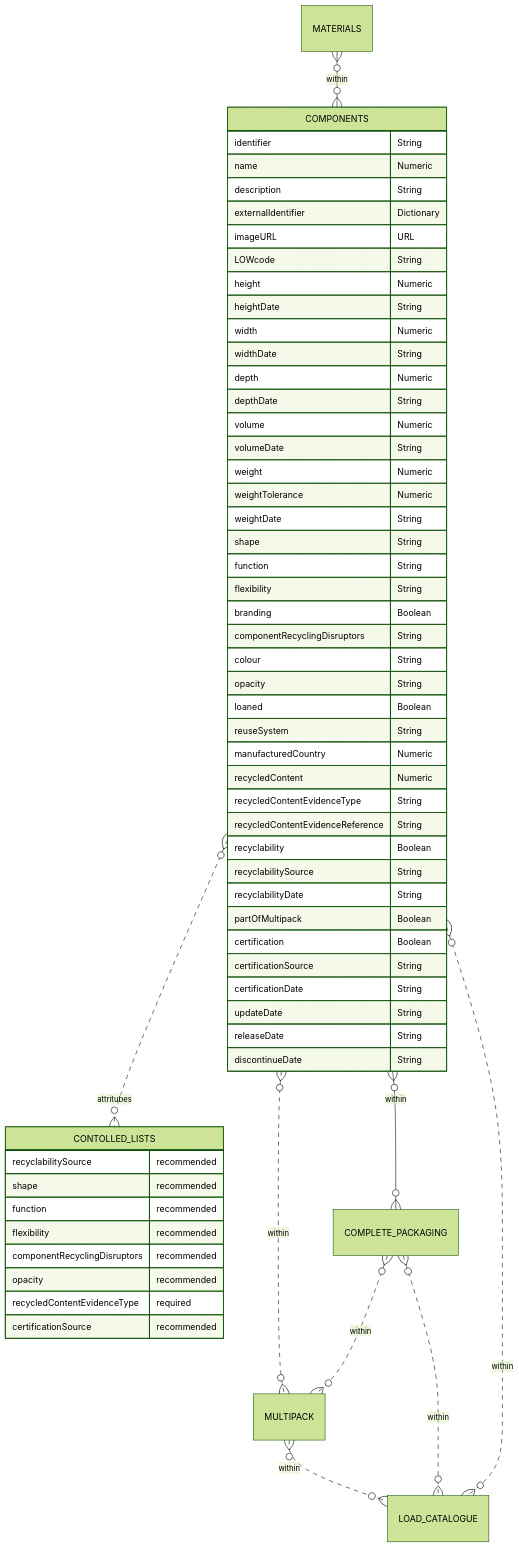
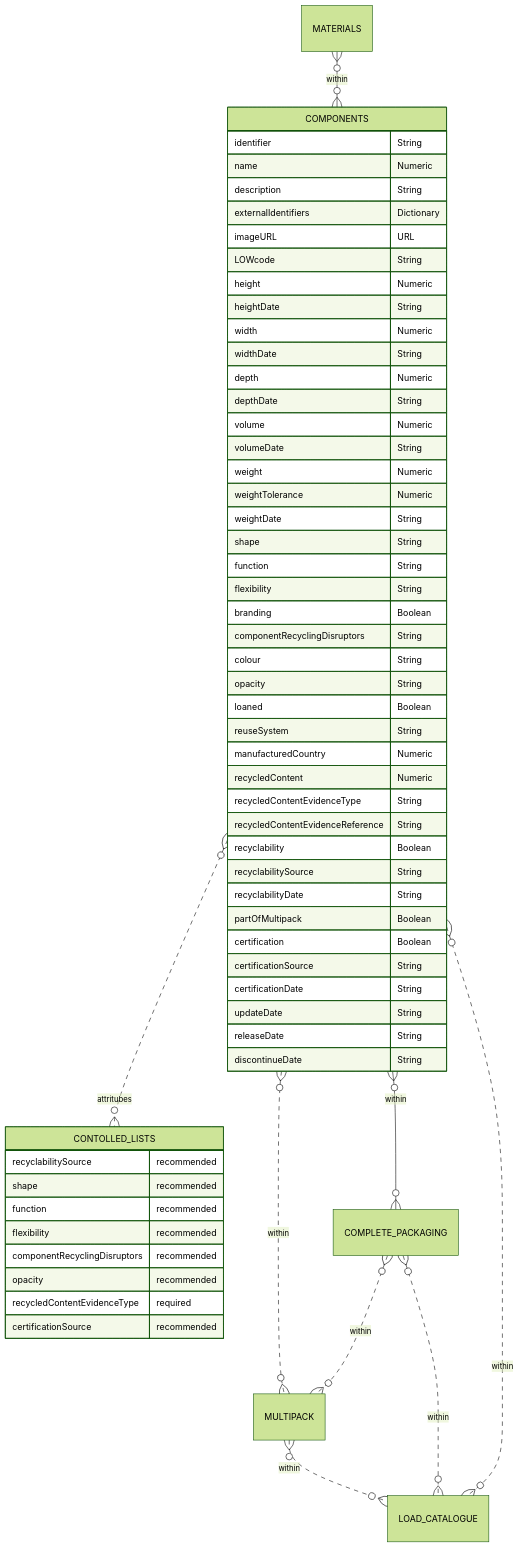
One commit to OpenDataManchester/Open3P changed the diagram in docs/3_Data_Specification/3_3_Components.md. Above: the diagram before and after it, drawn with Mermaid (forest theme). The commit also changed other lines of this file and 3 other files, not shown here.

Commit message:
Changed externalIdentifiers to pural

````diff
--- a/docs/3_Data_Specification/3_3_Components.md
+++ b/docs/3_Data_Specification/3_3_Components.md
@@ -56,63 +56,63 @@
 ``` mermaid
 erDiagram
 MATERIALS }o--o{ COMPONENTS : within
   COMPONENTS {
     identifier String
     name Numeric
     description String
-    externalIdentifier Dictionary
+    externalIdentifiers Dictionary
     imageURL URL
     LOWcode String
     height Numeric
     heightDate String
     width Numeric
     widthDate String
     depth Numeric
     depthDate String
     volume Numeric
     volumeDate String
     weight Numeric
     weightTolerance Numeric
     weightDate String
     shape String
     function String
     flexibility String
     branding Boolean
     componentRecyclingDisruptors String
     colour String
     opacity String
     loaned Boolean
     reuseSystem String
     manufacturedCountry Numeric
     recycledContent Numeric
     recycledContentEvidenceType String
     recycledContentEvidenceReference String
     recyclability Boolean
     recyclabilitySource String
     recyclabilityDate String
     partOfMultipack Boolean
     certification Boolean
     certificationSource String
     certificationDate String
     updateDate String
     releaseDate String
     discontinueDate String
   }
   COMPONENTS }o..o{ CONTOLLED_LISTS : attritubes
   COMPONENTS }o--o{ COMPLETE_PACKAGING : within
   COMPONENTS }o..o{ MULTIPACK : within
   MULTIPACK }o..o{ LOAD_CATALOGUE : within
   COMPLETE_PACKAGING }o..o{ MULTIPACK : within
   COMPLETE_PACKAGING }o..o{ LOAD_CATALOGUE : within
   COMPONENTS }o..o{ LOAD_CATALOGUE : within
     CONTOLLED_LISTS {
     recyclabilitySource recommended
     shape recommended
     function recommended
     flexibility recommended
     componentRecyclingDisruptors recommended
     opacity recommended
     recycledContentEvidenceType required
     certificationSource recommended
   }
 ```
````
